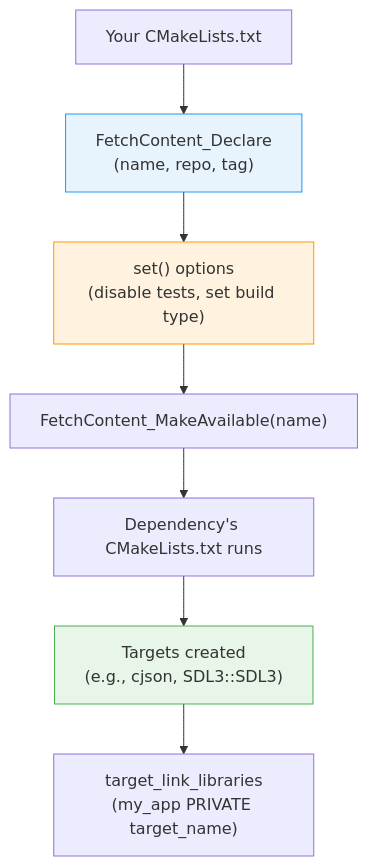
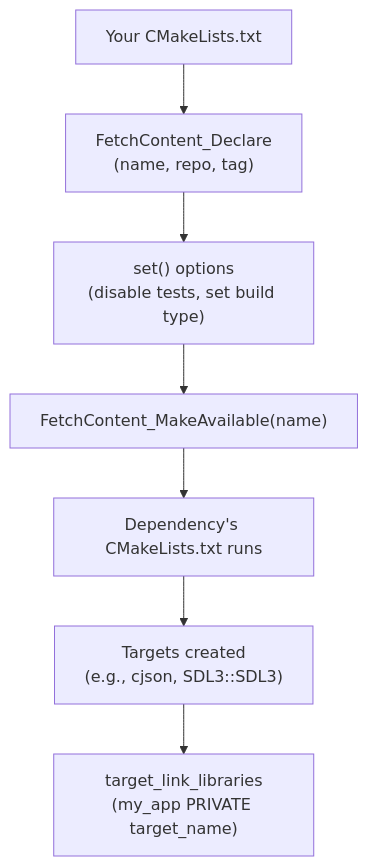
One commit to RosyGameStudio/forge-gpu changed the fourth of 5 diagrams in lessons/engine/03-fetchcontent-dependencies/README.md. Above: the diagram before and after it, drawn with Mermaid. The commit also changed other lines of this file, not shown here.

First line of the commit message:
Remove custom mermaid styles for dark mode compatibility

````diff
--- a/lessons/engine/03-fetchcontent-dependencies/README.md
+++ b/lessons/engine/03-fetchcontent-dependencies/README.md
@@ -481,13 +468,9 @@
 ```mermaid
 flowchart TD
     A["Your CMakeLists.txt"] --> B["FetchContent_Declare\n(name, repo, tag)"]
     B --> C["set() options\n(disable tests, set build type)"]
     C --> D["FetchContent_MakeAvailable(name)"]
     D --> E["Dependency's CMakeLists.txt runs"]
     E --> F["Targets created\n(e.g., cjson, SDL3::SDL3)"]
     F --> G["target_link_libraries\n(my_app PRIVATE target_name)"]
-
-    style B fill:#e8f4fd,stroke:#2196F3,color:#333
-    style C fill:#fff3e0,stroke:#FF9800,color:#333
-    style F fill:#e8f5e9,stroke:#4CAF50,color:#333
 ```
````
